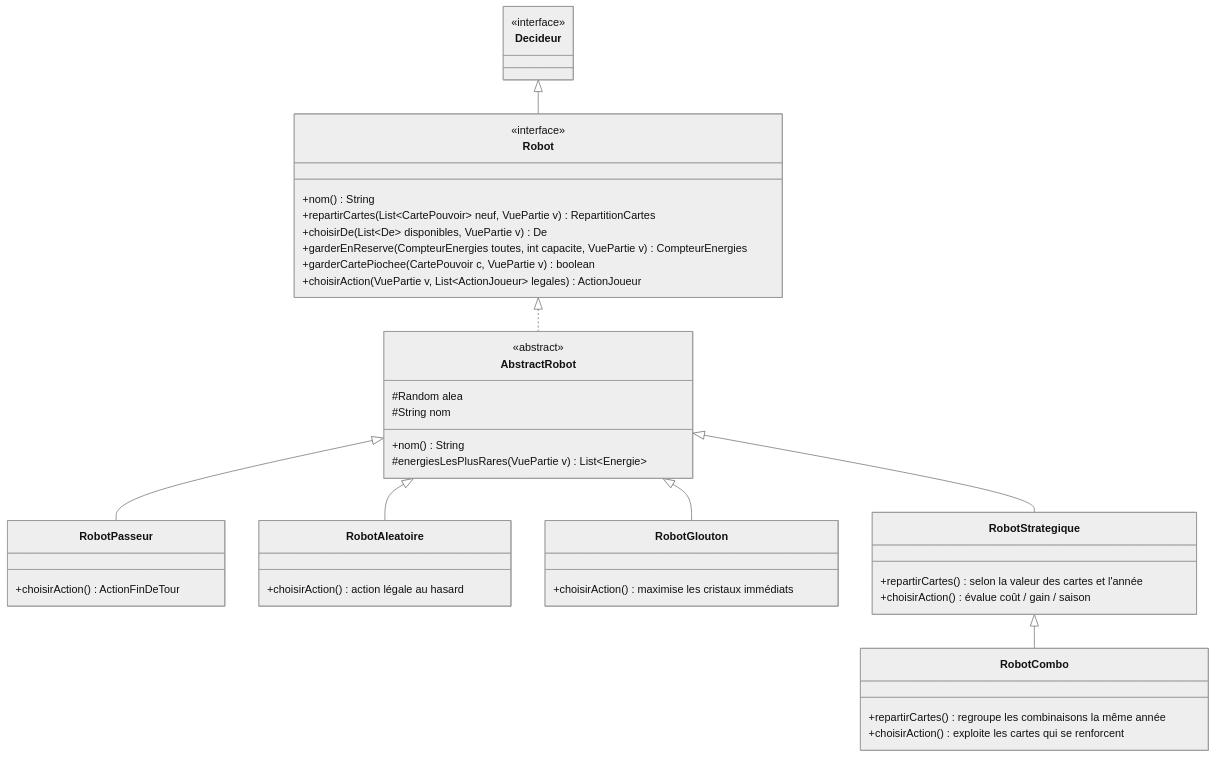
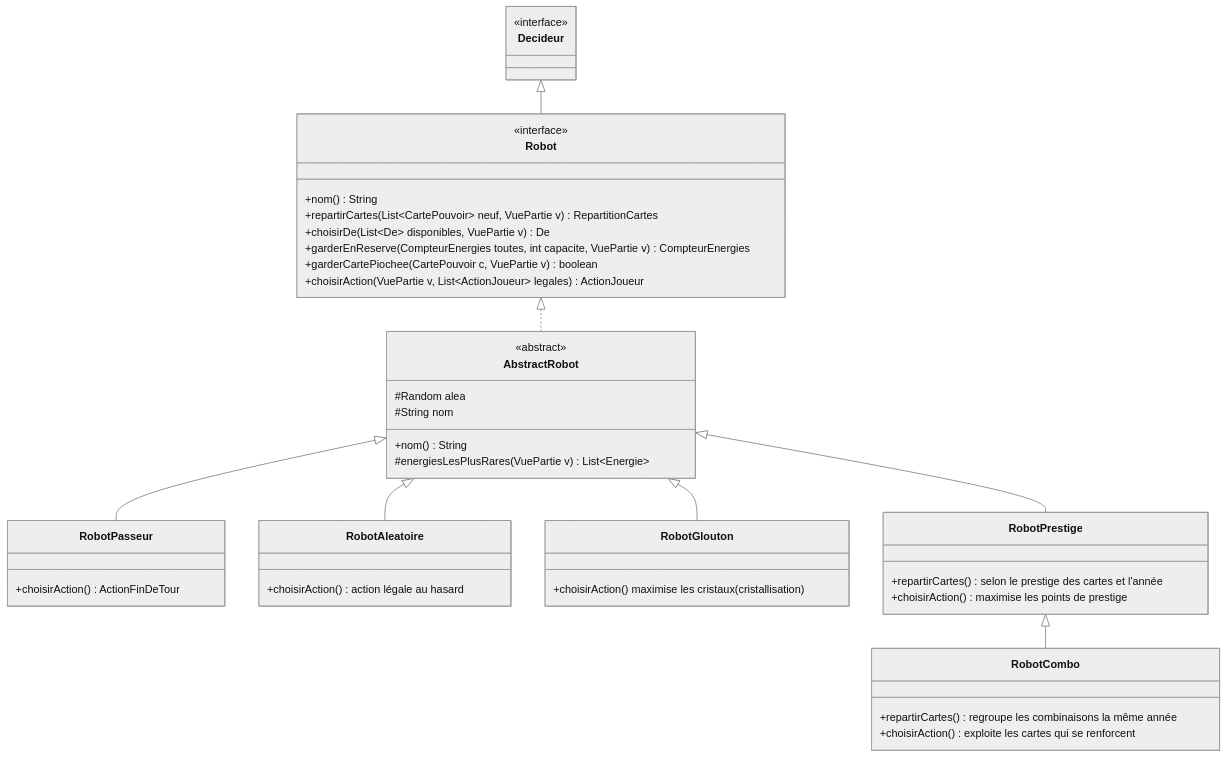
One commit to MARTINA-niels/SAE-SEASON-Depot-personnel changed the first of 3 diagrams in livrable1/sprint1-dossier-conception/docs/06-classes-robots-simulation.md. Above: the diagram before and after it, drawn with Mermaid (neutral theme). The commit also changed other lines of this file and 14 other files, not shown here.

````diff
--- a/livrable1/sprint1-dossier-conception/docs/06-classes-robots-simulation.md
+++ b/livrable1/sprint1-dossier-conception/docs/06-classes-robots-simulation.md
@@ -7,47 +7,47 @@
 ```mermaid
 classDiagram
     class Robot {
         <<interface>>
         +nom() String
         +repartirCartes(List~CartePouvoir~ neuf, VuePartie v) RepartitionCartes
         +choisirDe(List~De~ disponibles, VuePartie v) De
         +garderEnReserve(CompteurEnergies toutes, int capacite, VuePartie v) CompteurEnergies
         +garderCartePiochee(CartePouvoir c, VuePartie v) boolean
         +choisirAction(VuePartie v, List~ActionJoueur~ legales) ActionJoueur
     }
     class Decideur {
         <<interface>>
     }
     class AbstractRobot {
         <<abstract>>
         #Random alea
         #String nom
         +nom() String
         #energiesLesPlusRares(VuePartie v) List~Energie~
     }
     class RobotPasseur {
         +choisirAction() ActionFinDeTour
     }
     class RobotAleatoire {
         +choisirAction() action légale au hasard
     }
     class RobotGlouton {
-        +choisirAction() maximise les cristaux immédiats
+        +choisirAction() maximise les cristaux (cristallisation)
     }
-    class RobotStrategique {
-        +repartirCartes() selon la valeur des cartes et l'année
-        +choisirAction() évalue coût / gain / saison
+    class RobotPrestige {
+        +repartirCartes() selon le prestige des cartes et l'année
+        +choisirAction() maximise les points de prestige
     }
     class RobotCombo {
         +repartirCartes() regroupe les combinaisons la même année
         +choisirAction() exploite les cartes qui se renforcent
     }
 
     Decideur <|-- Robot
     Robot <|.. AbstractRobot
     AbstractRobot <|-- RobotPasseur
     AbstractRobot <|-- RobotAleatoire
     AbstractRobot <|-- RobotGlouton
-    AbstractRobot <|-- RobotStrategique
-    RobotStrategique <|-- RobotCombo
+    AbstractRobot <|-- RobotPrestige
+    RobotPrestige <|-- RobotCombo
 ```
````
